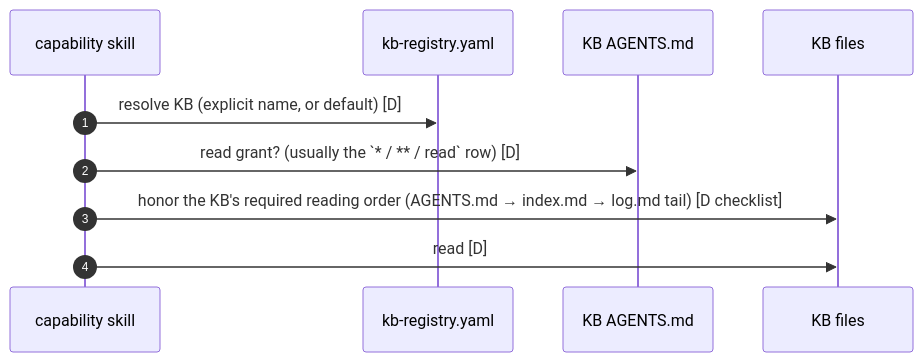
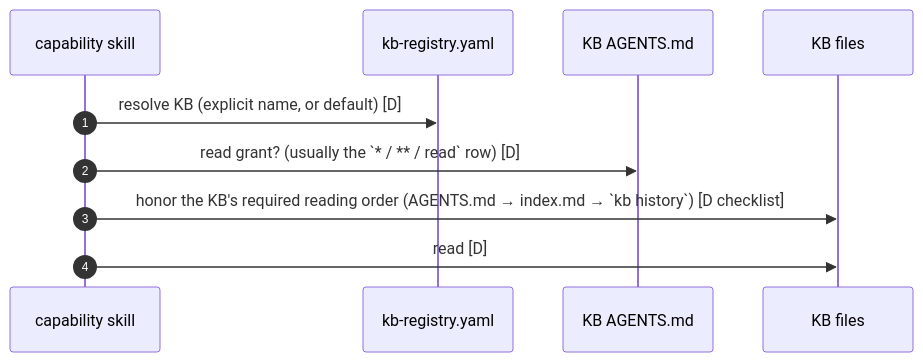
The third of 5 diagrams in design/kb-authorization.md (AlmogBaku/aos), drawn with Mermaid before and after one commit. The commit also changed other lines of this file, not shown here.

````diff
--- a/design/kb-authorization.md
+++ b/design/kb-authorization.md
@@ -283,13 +301,13 @@
 ```mermaid
 sequenceDiagram
     autonumber
     participant Cap as capability skill
     participant Reg as kb-registry.yaml
     participant Gr as KB AGENTS.md ## Grants
     participant KB as KB files
 
     Cap->>Reg: resolve KB (explicit name, or default) [D]
     Cap->>Gr: read grant? (usually the `* / ** / read` row) [D]
-    Cap->>KB: honor the KB's required reading order (AGENTS.md → index.md → log.md tail) [D checklist]
+    Cap->>KB: honor the KB's required reading order (AGENTS.md → index.md → `kb history`) [D checklist]
     Cap->>KB: read [D]
 ```
````
